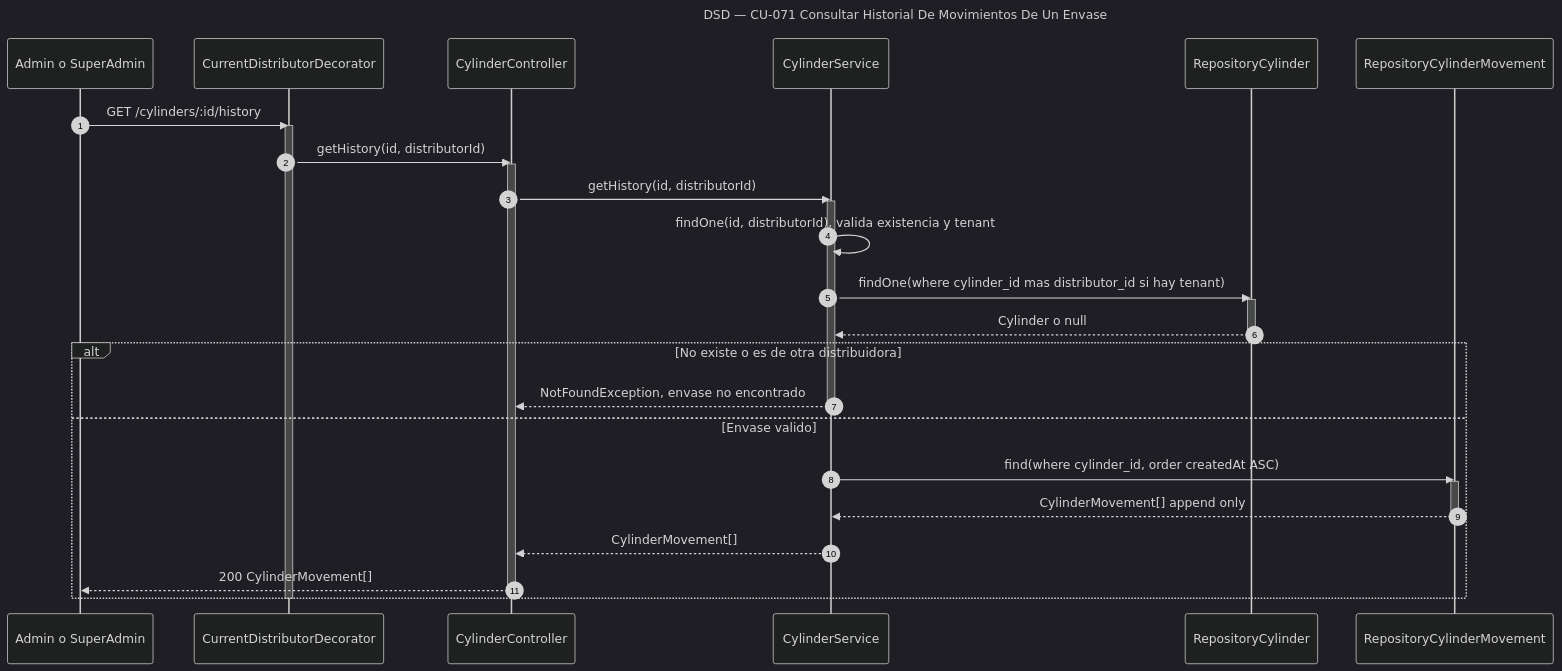
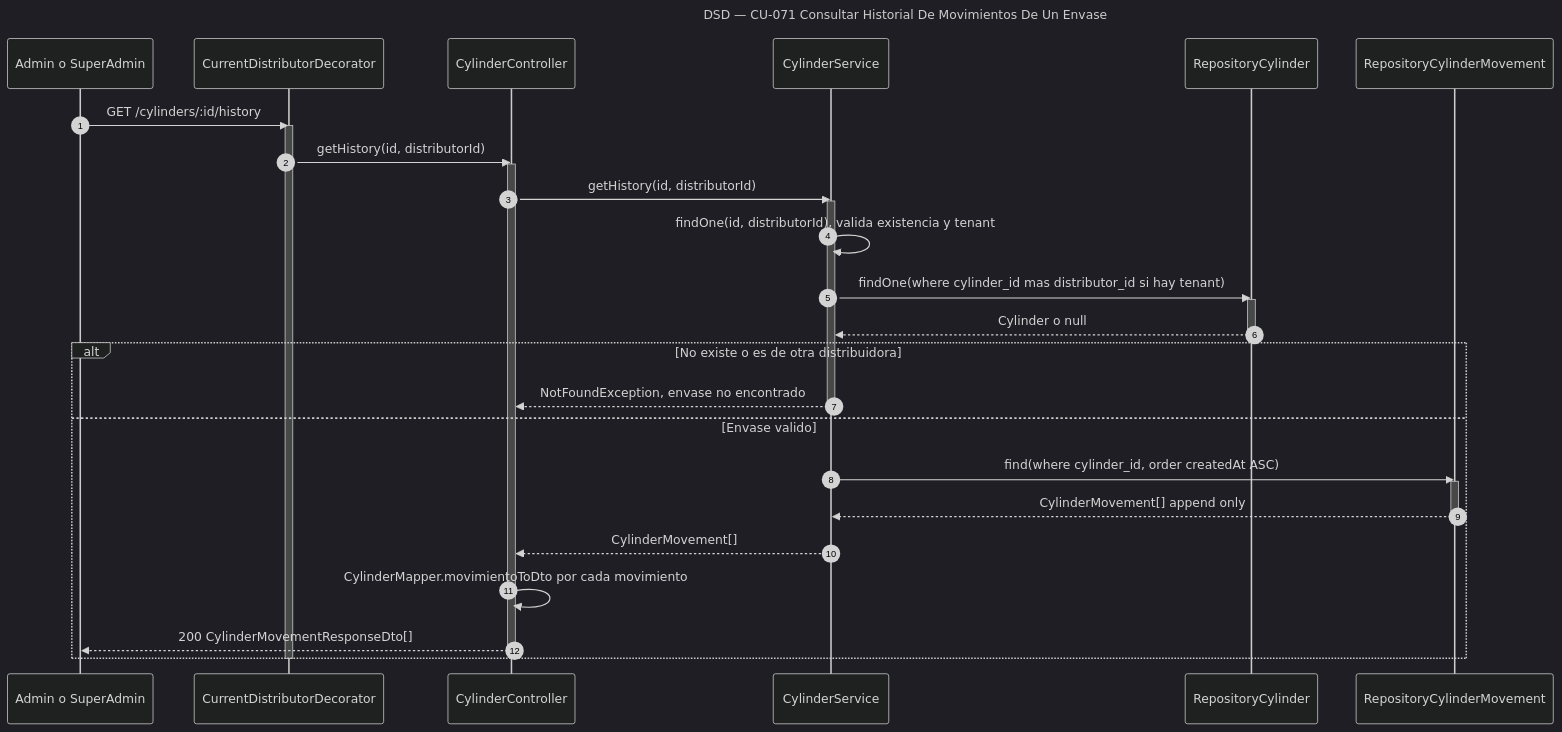
One commit to Nahuelito-Dev/splg-docs changed the diagram in diagramas/DSD_CU-071_Consultar-Historial-De-Movimientos-De-Un-Envase.mmd. Above: the diagram before and after it, drawn with Mermaid (dark theme). The commit also changed 5 other files, not shown here.

Commit message:
docs(dsd): envases con CylinderResponseDto

```diff
--- a/diagramas/DSD_CU-071_Consultar-Historial-De-Movimientos-De-Un-Envase.mmd
+++ b/diagramas/DSD_CU-071_Consultar-Historial-De-Movimientos-De-Un-Envase.mmd
@@ -1,34 +1,35 @@
 sequenceDiagram
     title DSD — CU-071 Consultar Historial De Movimientos De Un Envase
     autonumber
     participant ADM as Admin o SuperAdmin
     participant DEC as CurrentDistributorDecorator
     participant CTRL as CylinderController
     participant SRV as CylinderService
     participant CREP as RepositoryCylinder
     participant MREP as RepositoryCylinderMovement
 
     ADM->>DEC: GET /cylinders/:id/history
     activate DEC
     DEC->>CTRL: getHistory(id, distributorId)
     activate CTRL
     CTRL->>SRV: getHistory(id, distributorId)
     activate SRV
     SRV->>SRV: findOne(id, distributorId), valida existencia y tenant
     SRV->>CREP: findOne(where cylinder_id mas distributor_id si hay tenant)
     activate CREP
     CREP-->>SRV: Cylinder o null
     deactivate CREP
     alt No existe o es de otra distribuidora
         SRV-->>CTRL: NotFoundException, envase no encontrado
         deactivate SRV
     else Envase valido
         SRV->>MREP: find(where cylinder_id, order createdAt ASC)
         activate MREP
         MREP-->>SRV: CylinderMovement[] append only
         deactivate MREP
         SRV-->>CTRL: CylinderMovement[]
-        CTRL-->>ADM: 200 CylinderMovement[]
+        CTRL->>CTRL: CylinderMapper.movimientoToDto por cada movimiento
+        CTRL-->>ADM: 200 CylinderMovementResponseDto[]
         deactivate CTRL
     end
     deactivate DEC
```
